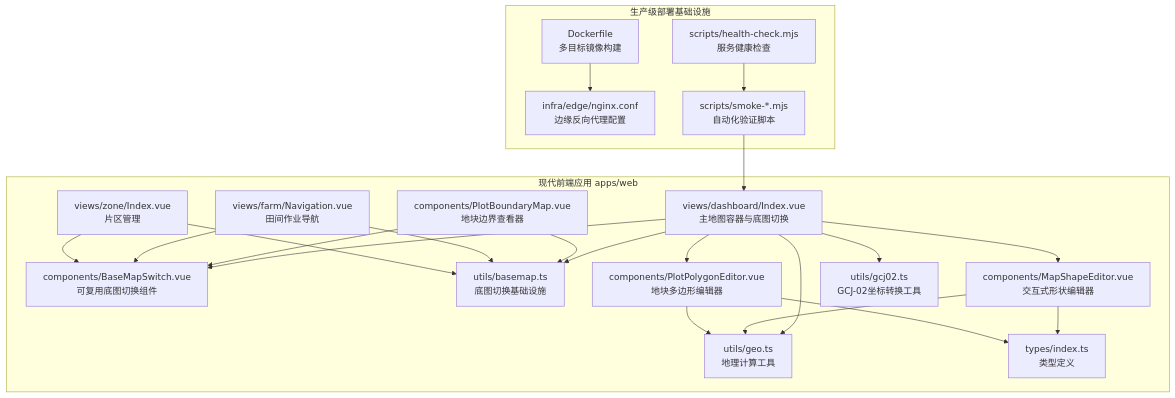
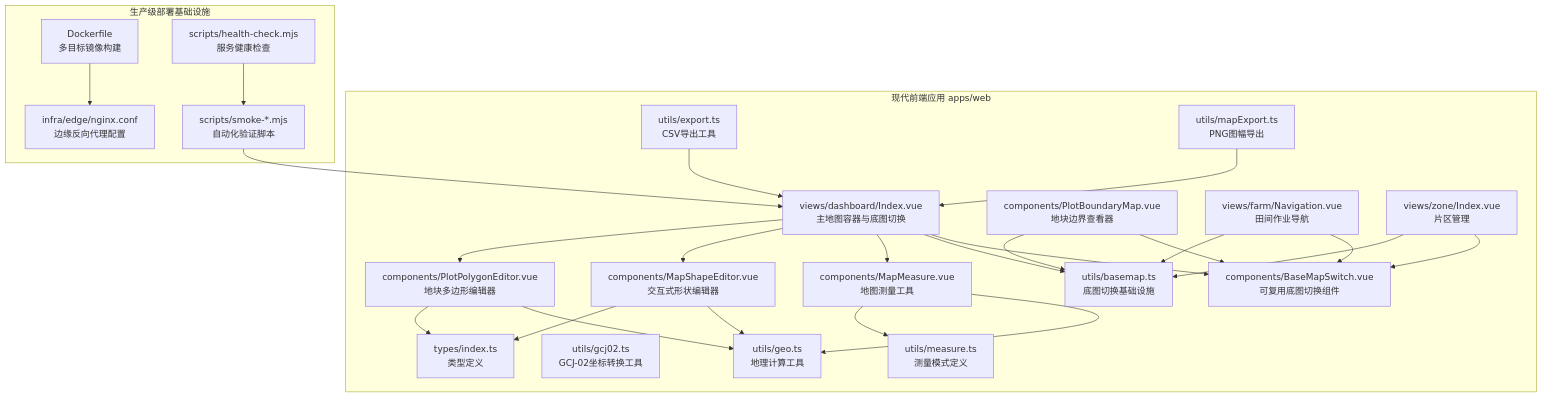
Before and after one commit to q446328246/agri-platform: the first of 11 diagrams in .qoder/repowiki/zh/content/前端应用文档/地图可视化.md, drawn with Mermaid. The commit also changed other lines of this file and 48 other files, not shown here.

````diff
--- a/.qoder/repowiki/zh/content/前端应用文档/地图可视化.md
+++ b/.qoder/repowiki/zh/content/前端应用文档/地图可视化.md
@@ -61,41 +69,48 @@
 ```mermaid
 graph TB
 subgraph "现代前端应用 apps/web"
 Dashboard["views/dashboard/Index.vue<br/>主地图容器与底图切换"]
 BaseMapSwitch["components/BaseMapSwitch.vue<br/>可复用底图切换组件"]
 BasemapUtils["utils/basemap.ts<br/>底图切换基础设施"]
 PlotBoundaryMap["components/PlotBoundaryMap.vue<br/>地块边界查看器"]
 Navigation["views/farm/Navigation.vue<br/>田间作业导航"]
 ZoneIndex["views/zone/Index.vue<br/>片区管理"]
 ShapeEditor["components/MapShapeEditor.vue<br/>交互式形状编辑器"]
 PolygonEditor["components/PlotPolygonEditor.vue<br/>地块多边形编辑器"]
+MapMeasure["components/MapMeasure.vue<br/>地图测量工具"]
 GeoUtils["utils/geo.ts<br/>地理计算工具"]
 Gcj02Utils["utils/gcj02.ts<br/>GCJ-02坐标转换工具"]
+MeasureUtils["utils/measure.ts<br/>测量模式定义"]
+ExportUtils["utils/export.ts<br/>CSV导出工具"]
+MapExportUtils["utils/mapExport.ts<br/>PNG图幅导出"]
 Types["types/index.ts<br/>类型定义"]
 end
 subgraph "生产级部署基础设施"
 Dockerfile["Dockerfile<br/>多目标镜像构建"]
 NginxConf["infra/edge/nginx.conf<br/>边缘反向代理配置"]
 SmokeTests["scripts/smoke-*.mjs<br/>自动化验证脚本"]
 HealthCheck["scripts/health-check.mjs<br/>服务健康检查"]
 end
 Dashboard --> BaseMapSwitch
 Dashboard --> BasemapUtils
+Dashboard --> MapMeasure
+Dashboard --> ShapeEditor
+Dashboard --> PolygonEditor
 PlotBoundaryMap --> BaseMapSwitch
 PlotBoundaryMap --> BasemapUtils
 Navigation --> BaseMapSwitch
 Navigation --> BasemapUtils
 ZoneIndex --> BaseMapSwitch
 ZoneIndex --> BasemapUtils
-Dashboard --> ShapeEditor
-Dashboard --> PolygonEditor
-Dashboard --> GeoUtils
-Dashboard --> Gcj02Utils
+MapMeasure --> GeoUtils
+MapMeasure --> MeasureUtils
+MapExportUtils --> Dashboard
+ExportUtils --> Dashboard
 ShapeEditor --> GeoUtils
 PolygonEditor --> GeoUtils
 ShapeEditor --> Types
 PolygonEditor --> Types
 Dockerfile --> NginxConf
 SmokeTests --> Dashboard
 HealthCheck --> SmokeTests
 ```
````
